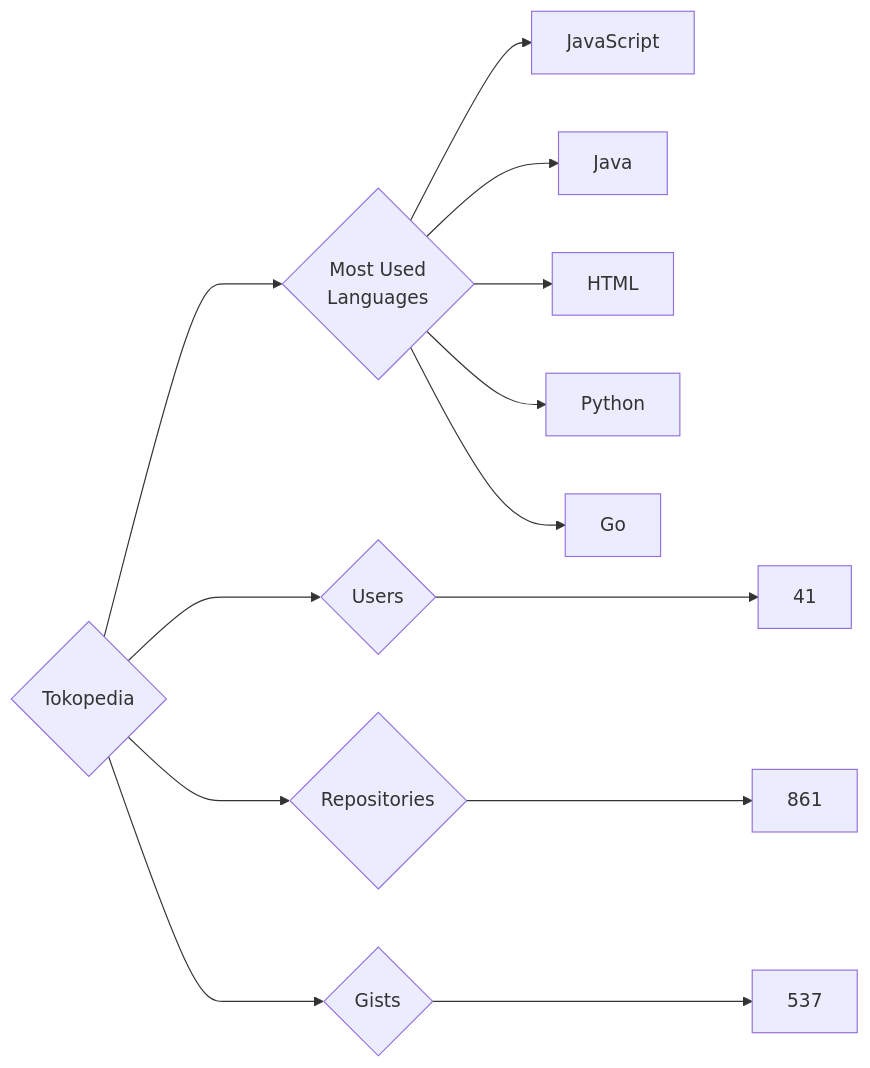
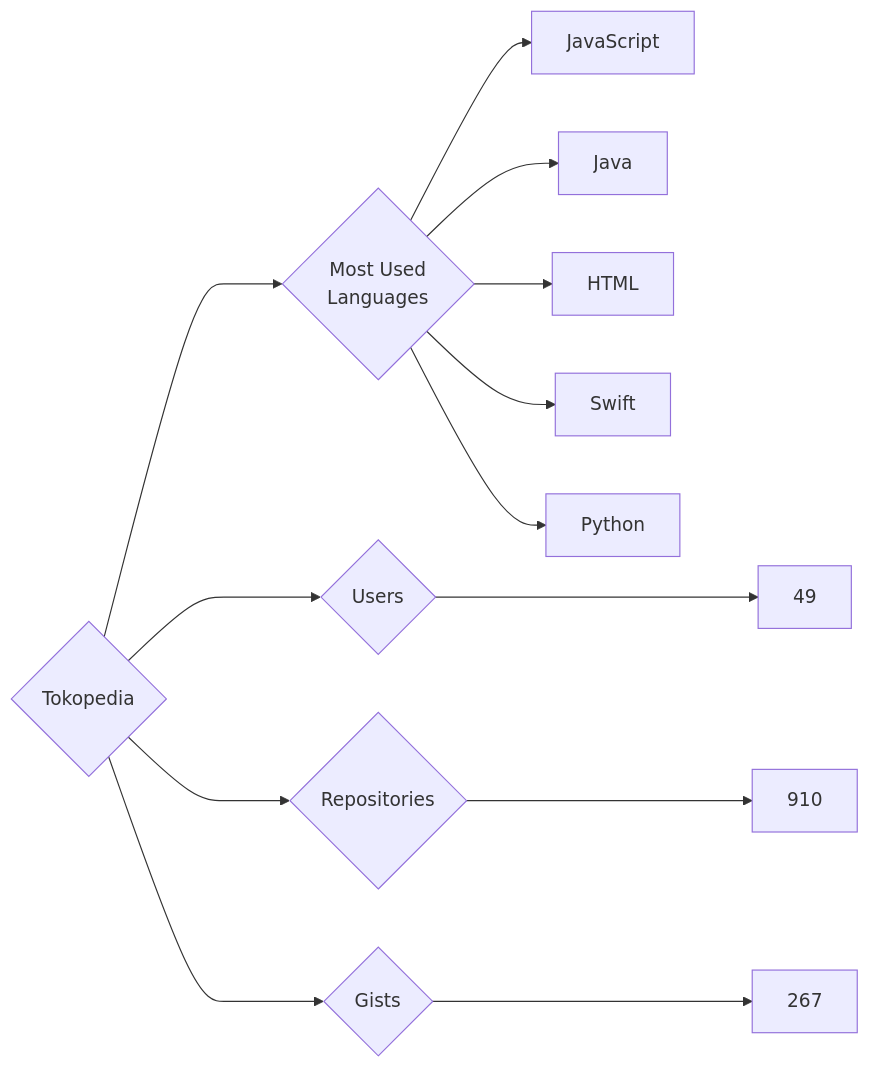
One commit to trickest/insiders changed the diagram in targets/Tokopedia/README.md. Above: the diagram before and after it, drawn with Mermaid. The commit also changed 976 other files, not shown here.

````diff
--- a/targets/Tokopedia/README.md
+++ b/targets/Tokopedia/README.md
@@ -3,13 +3,13 @@
 ```mermaid
 graph LR
 COMPANY_NAME{Tokopedia}
-COMPANY_NAME ---> U{Users} ---> UN[41]
-COMPANY_NAME ---> R{Repositories} ---> RN[861]
-COMPANY_NAME ---> G{Gists} ---> GN[537]
+COMPANY_NAME ---> U{Users} ---> UN[49]
+COMPANY_NAME ---> R{Repositories} ---> RN[910]
+COMPANY_NAME ---> G{Gists} ---> GN[267]
 COMPANY_NAME ---> ML{Most Used<br>Languages}
 ML --> JavaScript[JavaScript]
 ML --> Java[Java]
 ML --> HTML[HTML]
+ML --> Swift[Swift]
 ML --> Python[Python]
-ML --> Go[Go]
 ```
````
